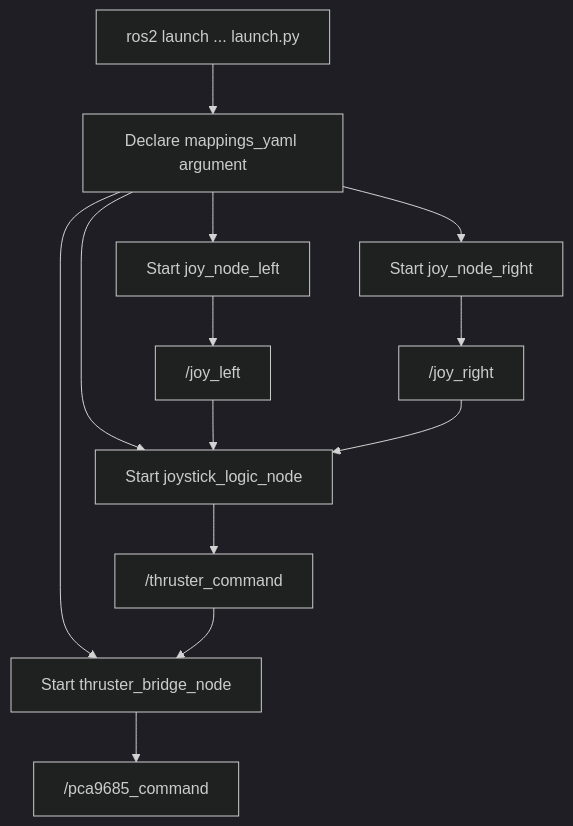
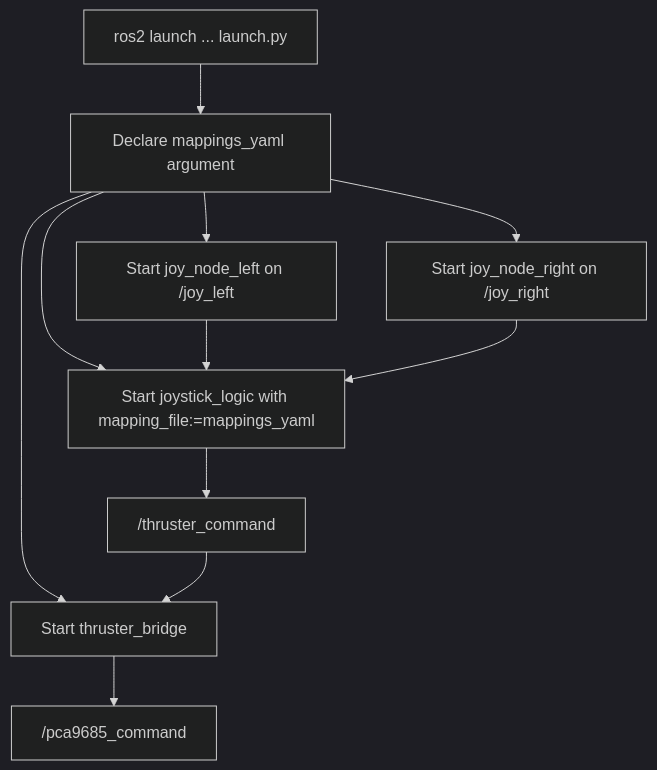
Before and after one commit to slvusd/slvrov_ros: the diagram in system_documents/joystick_launch.md, drawn with Mermaid (dark theme). The commit also changed other lines of this file and 11 other files, not shown here.

````diff
--- a/system_documents/joystick_launch.md
+++ b/system_documents/joystick_launch.md
@@ -23,15 +28,13 @@
 ```mermaid
 flowchart TD
     A["ros2 launch ... launch.py"] --> B["Declare mappings_yaml argument"]
-    B --> C["Start joy_node_left"]
-    B --> D["Start joy_node_right"]
-    B --> E["Start joystick_logic_node"]
-    B --> F["Start thruster_bridge_node"]
-    C --> G["/joy_left"]
-    D --> H["/joy_right"]
-    G --> E
-    H --> E
-    E --> I["/thruster_command"]
-    I --> F
-    F --> J["/pca9685_command"]
+    B --> C["Start joy_node_left on /joy_left"]
+    B --> D["Start joy_node_right on /joy_right"]
+    B --> E["Start joystick_logic with mapping_file:=mappings_yaml"]
+    B --> F["Start thruster_bridge"]
+    C --> E
+    D --> E
+    E --> G["/thruster_command"]
+    G --> F
+    F --> H["/pca9685_command"]
 ```
````
